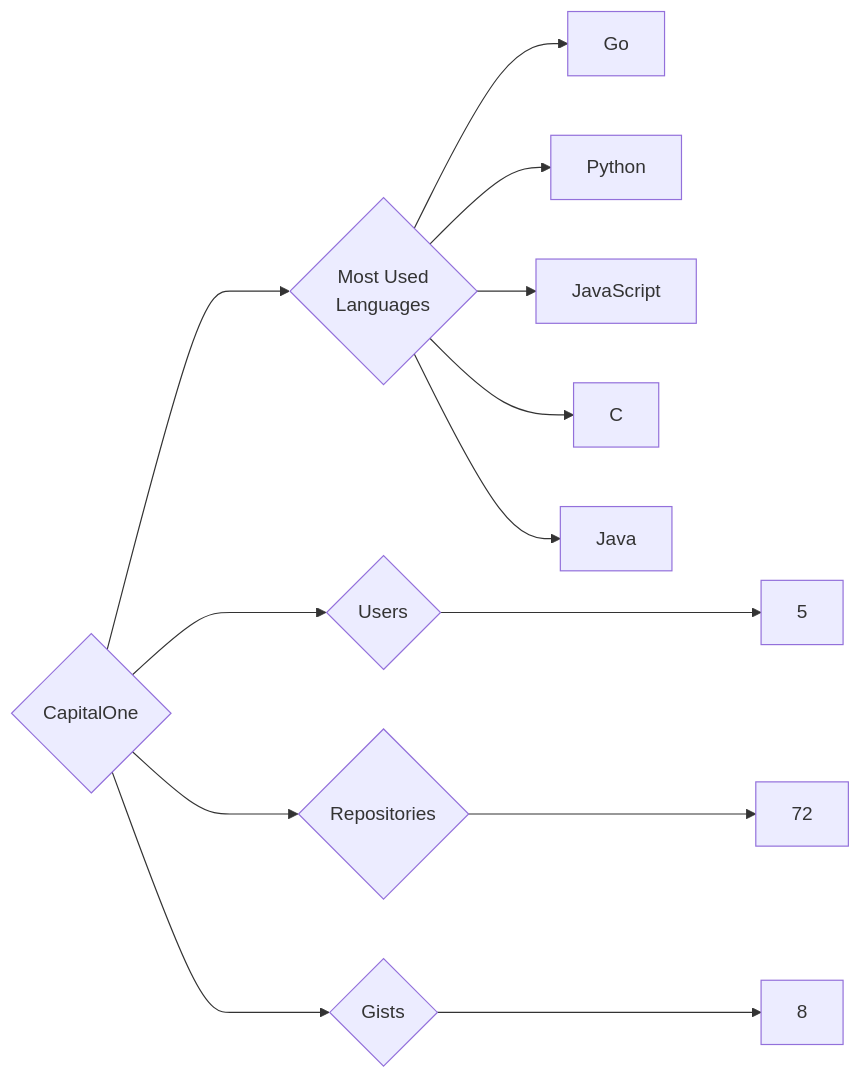
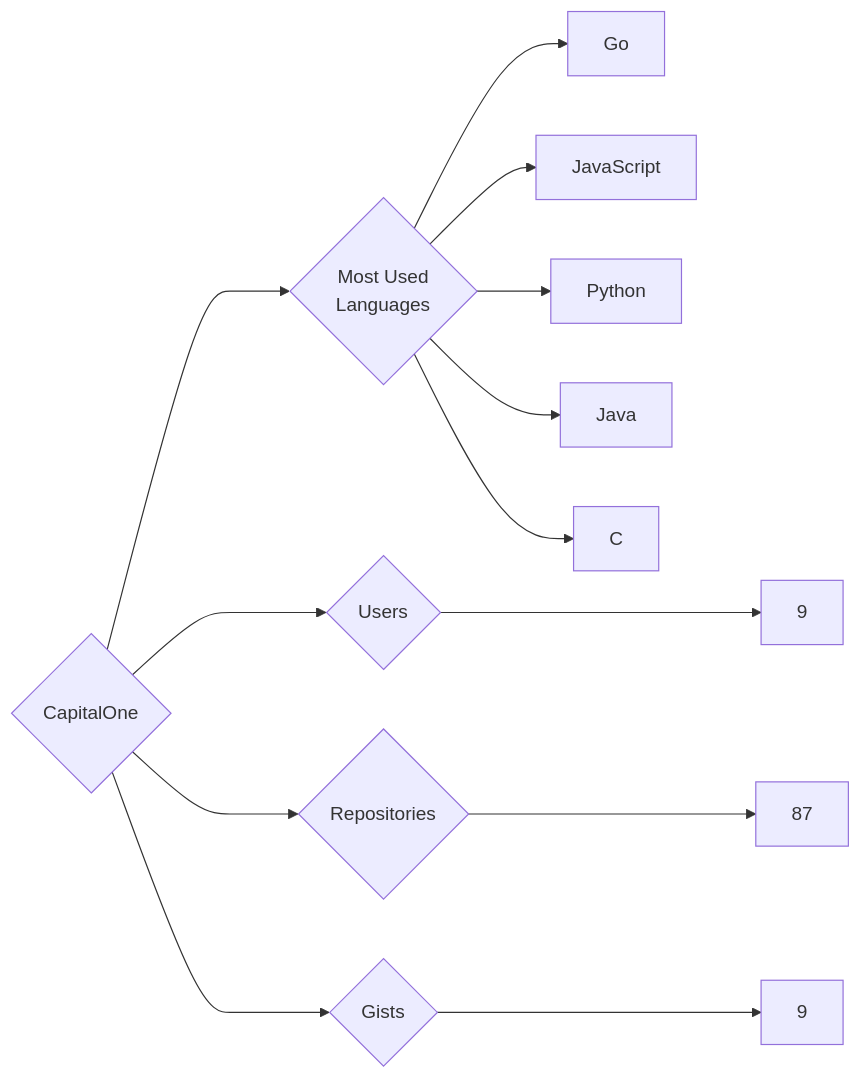
Before and after one commit to trickest/insiders: the diagram in targets/CapitalOne/README.md, drawn with Mermaid. The commit also changed 861 other files, not shown here.

````diff
--- a/targets/CapitalOne/README.md
+++ b/targets/CapitalOne/README.md
@@ -3,13 +3,13 @@
 ```mermaid
 graph LR
 COMPANY_NAME{CapitalOne}
-COMPANY_NAME ---> U{Users} ---> UN[5]
-COMPANY_NAME ---> R{Repositories} ---> RN[72]
-COMPANY_NAME ---> G{Gists} ---> GN[8]
+COMPANY_NAME ---> U{Users} ---> UN[9]
+COMPANY_NAME ---> R{Repositories} ---> RN[87]
+COMPANY_NAME ---> G{Gists} ---> GN[9]
 COMPANY_NAME ---> ML{Most Used<br>Languages}
 ML --> Go[Go]
+ML --> JavaScript[JavaScript]
 ML --> Python[Python]
-ML --> JavaScript[JavaScript]
+ML --> Java[Java]
 ML --> C[C]
-ML --> Java[Java]
 ```
````
